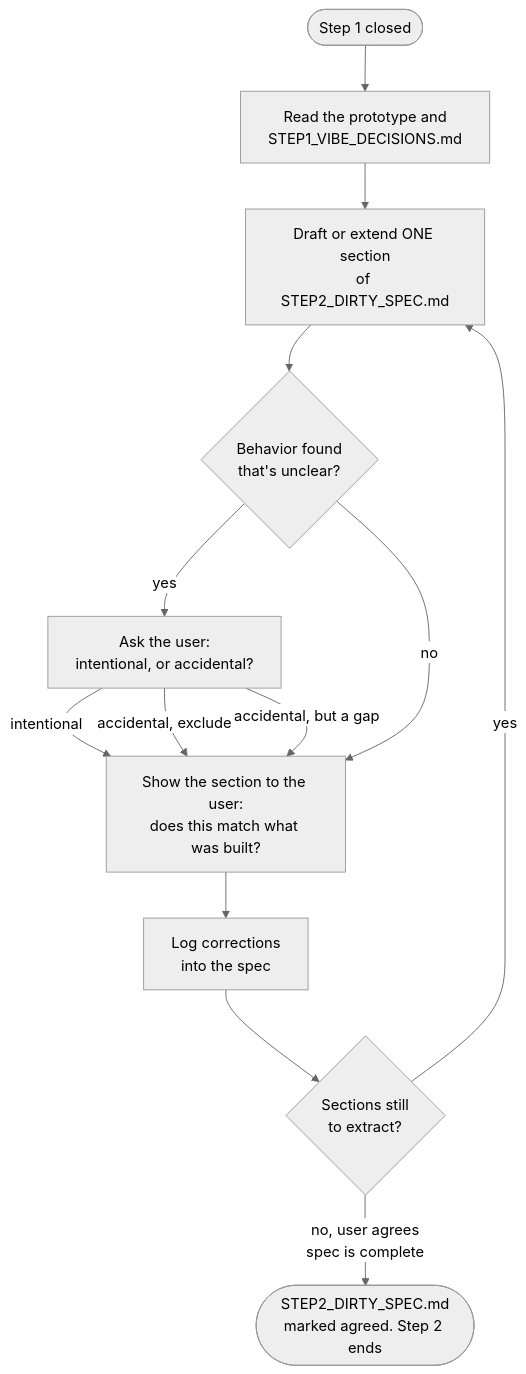
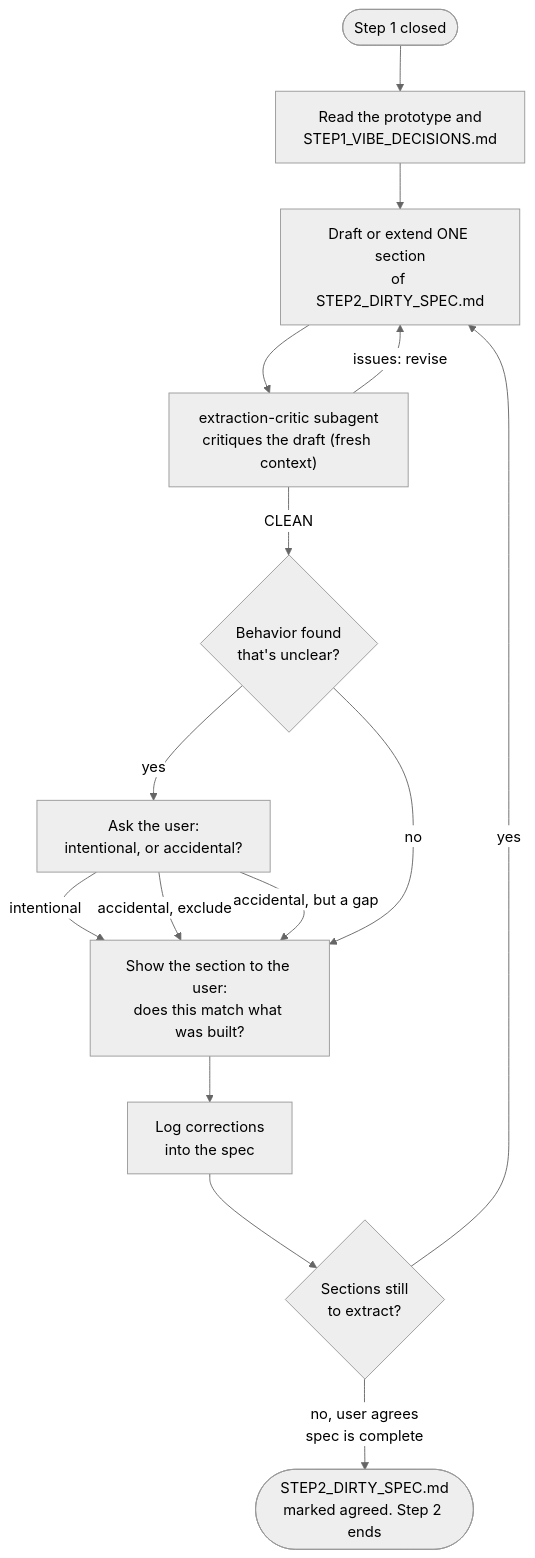
One commit to jeromeetienne/vibe_to_spec changed the diagram in steps/step_02_spec_extraction/README.md. Above: the diagram before and after it, drawn with Mermaid (neutral theme). The commit also changed other lines of this file and 11 other files, not shown here.

````diff
--- a/steps/step_02_spec_extraction/README.md
+++ b/steps/step_02_spec_extraction/README.md
@@ -20,24 +20,27 @@
 ```mermaid
 flowchart TD
     Start(["Step 1 closed"]) --> Read["Read the prototype and
 STEP1_VIBE_DECISIONS.md"]
     Read --> Draft["Draft or extend ONE section
 of STEP2_DIRTY_SPEC.md"]
-    Draft --> Unclear{"Behavior found
+    Draft --> Critique["extraction-critic subagent
+critiques the draft (fresh context)"]
+    Critique -->|"issues: revise"| Draft
+    Critique -->|"CLEAN"| Unclear{"Behavior found
 that's unclear?"}
     Unclear -->|"yes"| AskUser["Ask the user:
 intentional, or accidental?"]
     AskUser -->|"intentional"| Review
     AskUser -->|"accidental, exclude"| Review
     AskUser -->|"accidental, but a gap"| Review
     Unclear -->|"no"| Review["Show the section to the user:
 does this match what was built?"]
     Review --> Log["Log corrections
 into the spec"]
     Log --> More{"Sections still
 to extract?"}
     More -->|"yes"| Draft
     More -->|"no, user agrees
 spec is complete"| Closed(["STEP2_DIRTY_SPEC.md
 marked agreed. Step 2 ends"])
 ```
````
